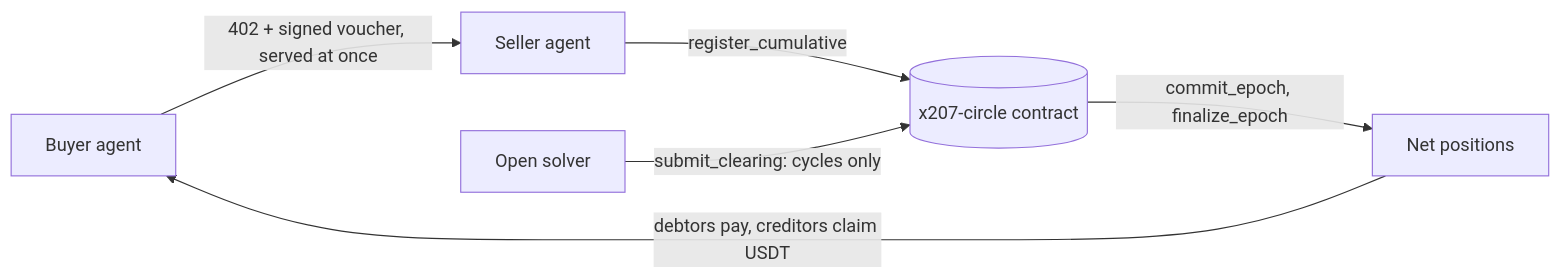
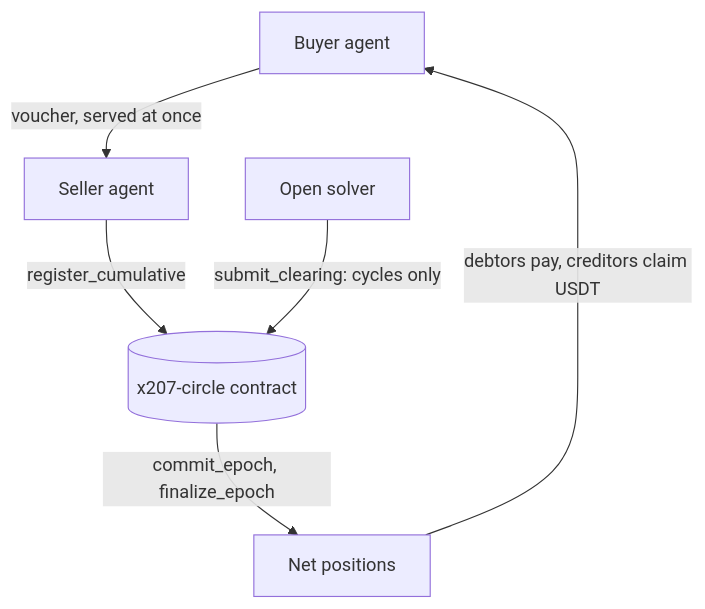
Before and after one commit to x207-labs/x207: the first of 2 diagrams in README.md, drawn with Mermaid. The commit also changed other lines of this file and 1 other file, not shown here.

Commit message:
UM-117: README compact (213 to 141 lines), sequence, state and data-flow diagrams move to docs/architecture.md

````diff
--- a/README.md
+++ b/README.md
@@ -22,8 +22,8 @@
 ```mermaid
-flowchart LR
-  A[Buyer agent] -- "402 + signed voucher, served at once" --> B[Seller agent]
-  B -- "register_cumulative" --> C[(x207-circle contract)]
-  S[Open solver] -- "submit_clearing: cycles only" --> C
-  C -- "commit_epoch, finalize_epoch" --> N[Net positions]
-  N -- "debtors pay, creditors claim USDT" --> A
+flowchart TB
+  A["Buyer agent"] -->|"voucher, served at once"| B["Seller agent"]
+  B -->|"register_cumulative"| C[("x207-circle contract")]
+  S["Open solver"] -->|"submit_clearing: cycles only"| C
+  C -->|"commit_epoch, finalize_epoch"| N["Net positions"]
+  N -->|"debtors pay, creditors claim USDT"| A
 ```
````
